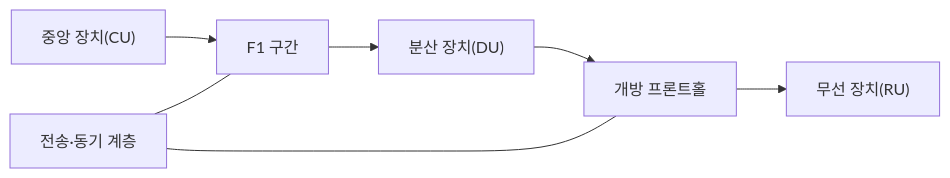
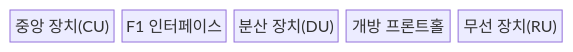
Before and after one commit to agnusdei1207/knowledge-base: the first of 2 diagrams in src/content/docs/notes/04-network/111_network_function_disaggregation.md, drawn with Mermaid. The commit also changed other lines of this file and 9 other files, not shown here.

````diff
--- a/src/content/docs/notes/04-network/111_network_function_disaggregation.md
+++ b/src/content/docs/notes/04-network/111_network_function_disaggregation.md
@@ -54,9 +56,9 @@
 ```mermaid
-flowchart LR
-  CU["중앙 장치(CU)"] --> F1["F1 구간"]
-  F1 --> DU["분산 장치(DU)"]
-  DU --> FH["개방 프론트홀"]
-  FH --> RU["무선 장치(RU)"]
-  TS["전송·동기 계층"] --- F1
-  TS --- FH
+block-beta
+  columns 5
+  A["중앙 장치(CU)"]
+  B["F1 인터페이스"]
+  C["분산 장치(DU)"]
+  D["개방 프론트홀"]
+  E["무선 장치(RU)"]
 ```
````
